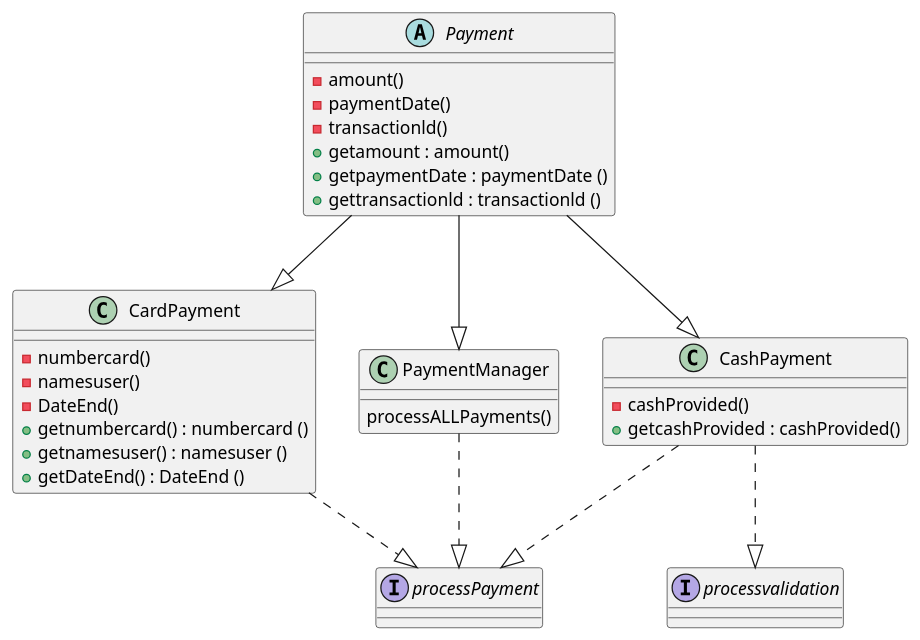
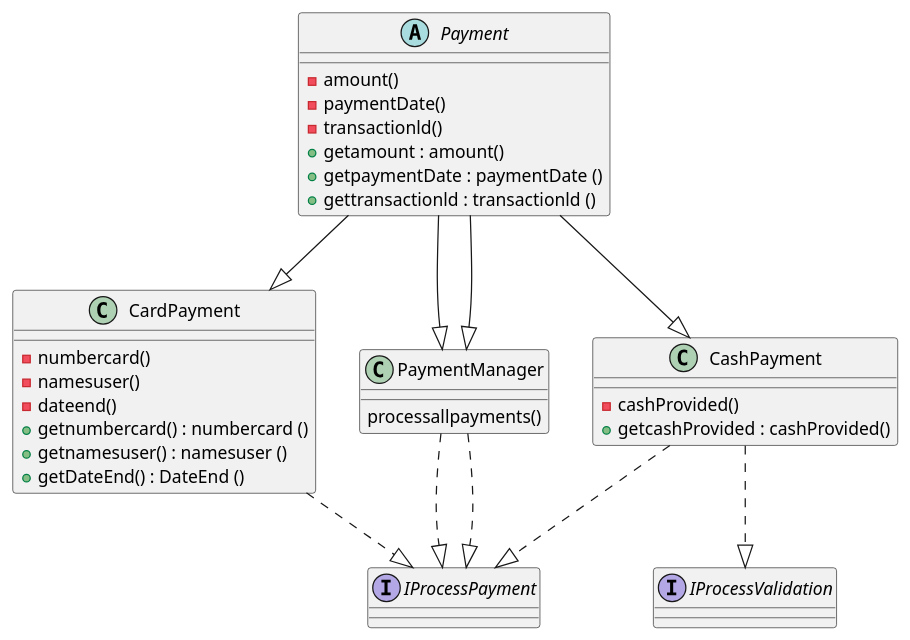
Before and after one commit to cadet155i/umldiagramm: the diagram in Homework4.plantuml, drawn with PlantUML.

```diff
--- a/Homework4.plantuml
+++ b/Homework4.plantuml
@@ -1,39 +1,45 @@
-@startuml 
+@startuml Diagramm
 
 abstract class Payment {
     -amount()
     -paymentDate()
     -transactionld()
     +getamount : amount()
     +getpaymentDate : paymentDate ()
     +gettransactionld : transactionld ()
     }
-interface processPayment
 
 class CashPayment  {
     -cashProvided()
     +getcashProvided : cashProvided()
 }
-Payment--|>CashPayment
+
 class CardPayment {
     -numbercard()
     -namesuser()
-    -DateEnd()
+    -dateend()
     +getnumbercard() : numbercard ()
     +getnamesuser() : namesuser ()
     +getDateEnd() : DateEnd ()
+    }
 
-    }
-interface processvalidation
+Class PaymentManager{
+    processallpayments()
+}
+
+interface IProcessPayment
+interface IProcessValidation
+
+CardPayment..|>IProcessPayment
+CashPayment..|>IProcessPayment
+CashPayment..|>IProcessValidation
+
+Payment--|>CashPayment
 Payment--|>CardPayment
-CardPayment..|>processPayment
-CashPayment..|>processPayment
-CashPayment..|>processvalidation
-Class PaymentManager{
-    processALLPayments()
-}
 Payment--|>PaymentManager
-PaymentManager..|>processPayment
+PaymentManager..|>IProcessPayment
+Payment--|>PaymentManager
+PaymentManager..|>IProcessPayment
 
 
 @enduml
```
